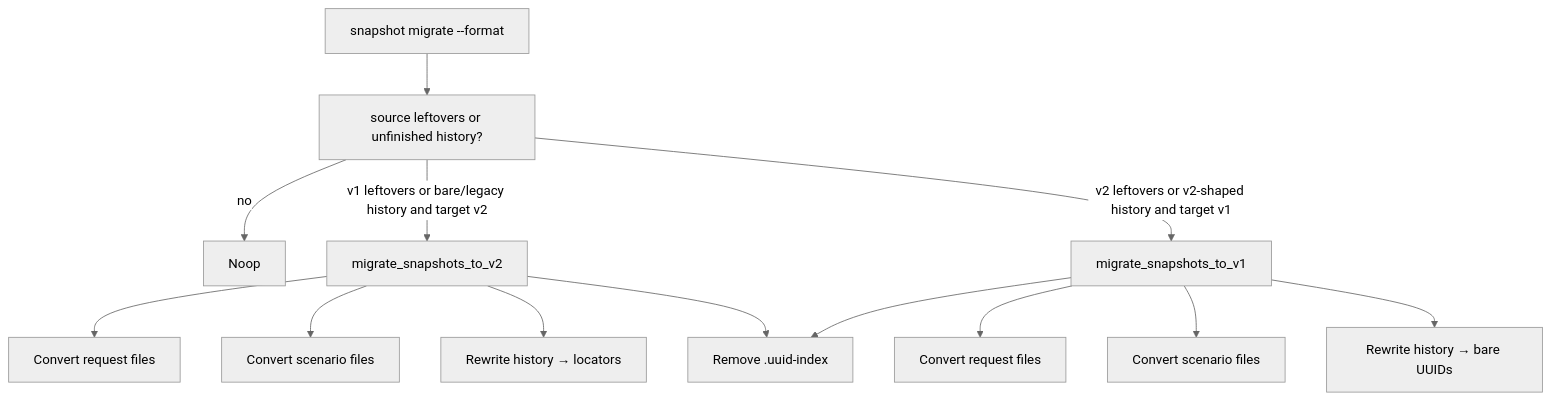
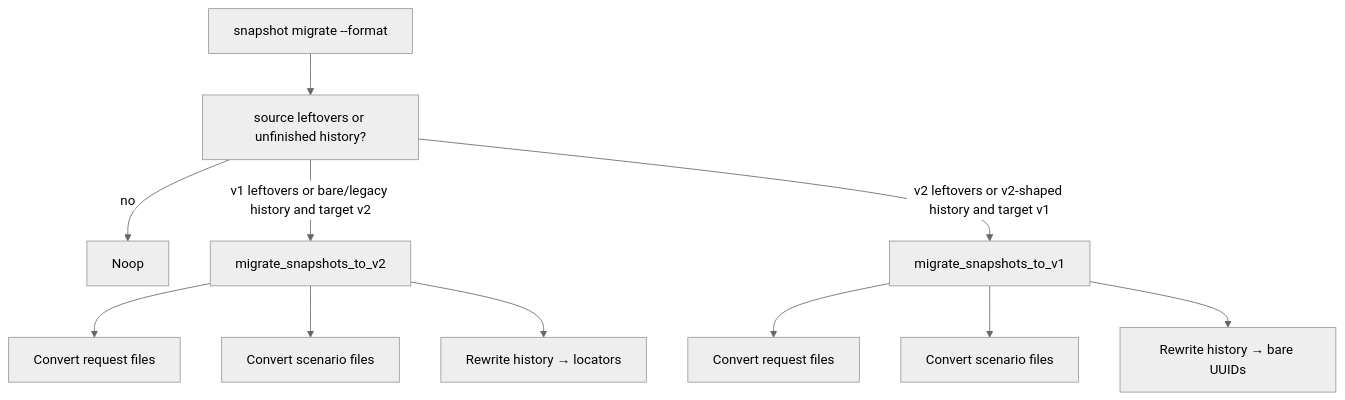
Before and after one commit to Stoobly/stoobly-agent: the diagram in docs/snapshot-migrate.md, drawn with Mermaid (neutral theme). The commit also changed other lines of this file and 6 other files, not shown here.

First line of the commit message:
Remove unused legacy .uuid-index snapshot lookup.

````diff
--- a/docs/snapshot-migrate.md
+++ b/docs/snapshot-migrate.md
@@ -42,15 +42,13 @@
 ```mermaid
 flowchart TB
   cli["snapshot migrate --format"] --> gate["source leftovers or unfinished history?"]
   gate -->|no| noop[Noop]
   gate -->|v1 leftovers or bare/legacy history and target v2| toV2[migrate_snapshots_to_v2]
   gate -->|v2 leftovers or v2-shaped history and target v1| toV1[migrate_snapshots_to_v1]
   toV2 --> reqV2[Convert request files]
   toV2 --> scenV2[Convert scenario files]
   toV2 --> histV2[Rewrite history → locators]
-  toV2 --> dropIdx[Remove .uuid-index]
   toV1 --> reqV1[Convert request files]
   toV1 --> scenV1[Convert scenario files]
   toV1 --> histV1[Rewrite history → bare UUIDs]
-  toV1 --> dropIdx
 ```
````
